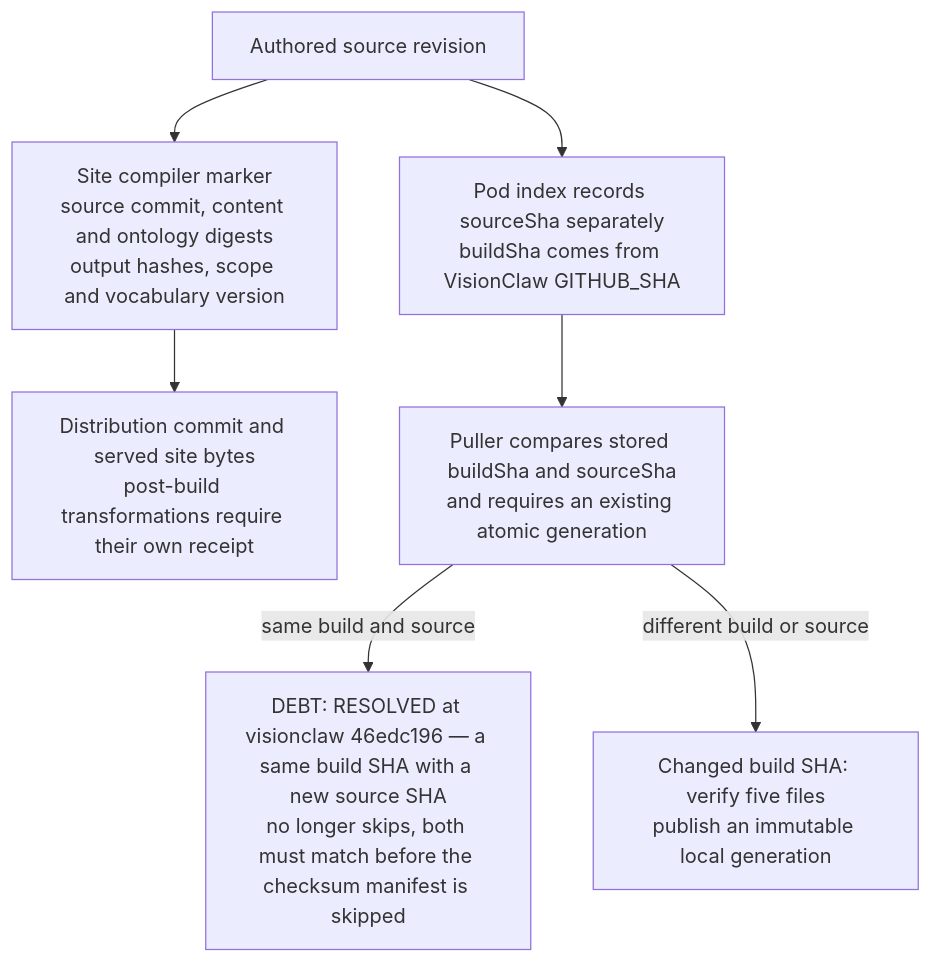
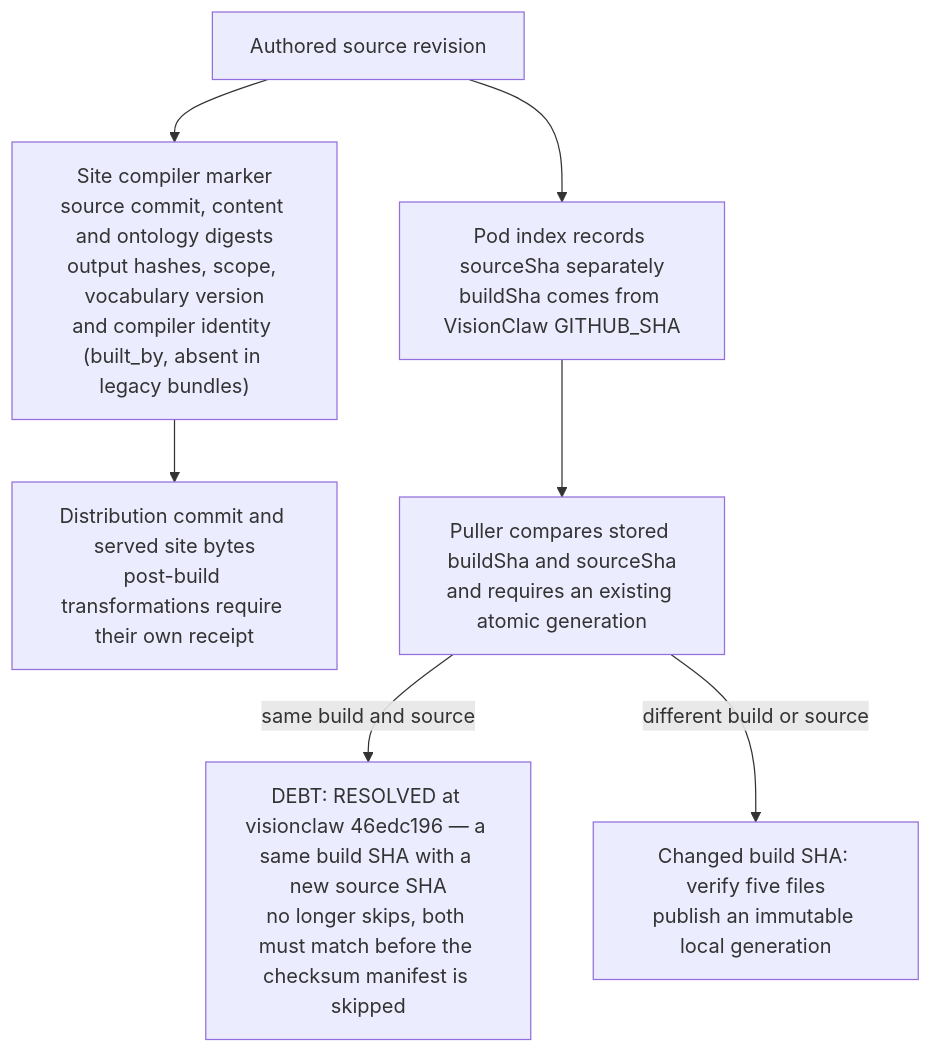
The second of 2 diagrams in docs/diagrams/visiongraph/04-downstream-contracts.md (DreamLab-AI/VisionFlow), drawn with Mermaid before and after one commit. The commit also changed other lines of this file and 70 other files, not shown here.

First line of the commit message:
docs(diagrams): re-verify 69 topics at current default-branch heads

````diff
--- a/docs/diagrams/visiongraph/04-downstream-contracts.md
+++ b/docs/diagrams/visiongraph/04-downstream-contracts.md
@@ -59,25 +64,26 @@
 ```mermaid
 flowchart TB
     SOURCE["Authored source revision"]
-    SITE["Site compiler marker<br/>source commit, content and ontology digests<br/>output hashes, scope and vocabulary version"]
+    SITE["Site compiler marker<br/>source commit, content and ontology digests<br/>output hashes, scope, vocabulary version<br/>and compiler identity (built_by, absent in legacy bundles)"]
     PUBLIC["Distribution commit and served site bytes<br/>post-build transformations require their own receipt"]
     POD["Pod index records sourceSha separately<br/>buildSha comes from VisionClaw GITHUB_SHA"]
     CHECK["Puller compares stored buildSha and sourceSha<br/>and requires an existing atomic generation"]
     SKIP["DEBT: RESOLVED at visionclaw 46edc196 — a same build SHA with a new source SHA<br/>no longer skips, both must match before the checksum manifest is skipped"]
     ACTIVATE["Changed build SHA: verify five files<br/>publish an immutable local generation"]
     SOURCE --> SITE --> PUBLIC
     SOURCE --> POD --> CHECK
     CHECK -->|"same build and source"| SKIP
     CHECK -->|"different build or source"| ACTIVATE
     %% Source: docs/PUBLICATION-contract.md:14
-    %% Source: crates/ontomark-compile/src/build/generation.rs:90
-    %% Source: visionGraph/.github/workflows/publish.yml:359
+    %% Source: crates/ontomark-compile/src/build/generation.rs:92
+    %% Source: crates/ontomark-compile/src/build/generation.rs:95
+    %% Source: visionGraph/.github/workflows/publish.yml:370
     %% Source: scripts/ontology/pack-pod-resources.py:116
     %% Source: src/services/ontology_pull.rs:207
     %% Source: src/services/ontology_pull.rs:325-327
     %% Source: src/services/ontology_pull.rs:752
     %% Source: src/services/ontology_pull.rs:334
     %% Source: src/services/ontology_pull.rs:351
     %% Source: src/services/ontology_pull.rs:392
     %% Source: src/services/ontology_generation.rs:127
 ```
````
